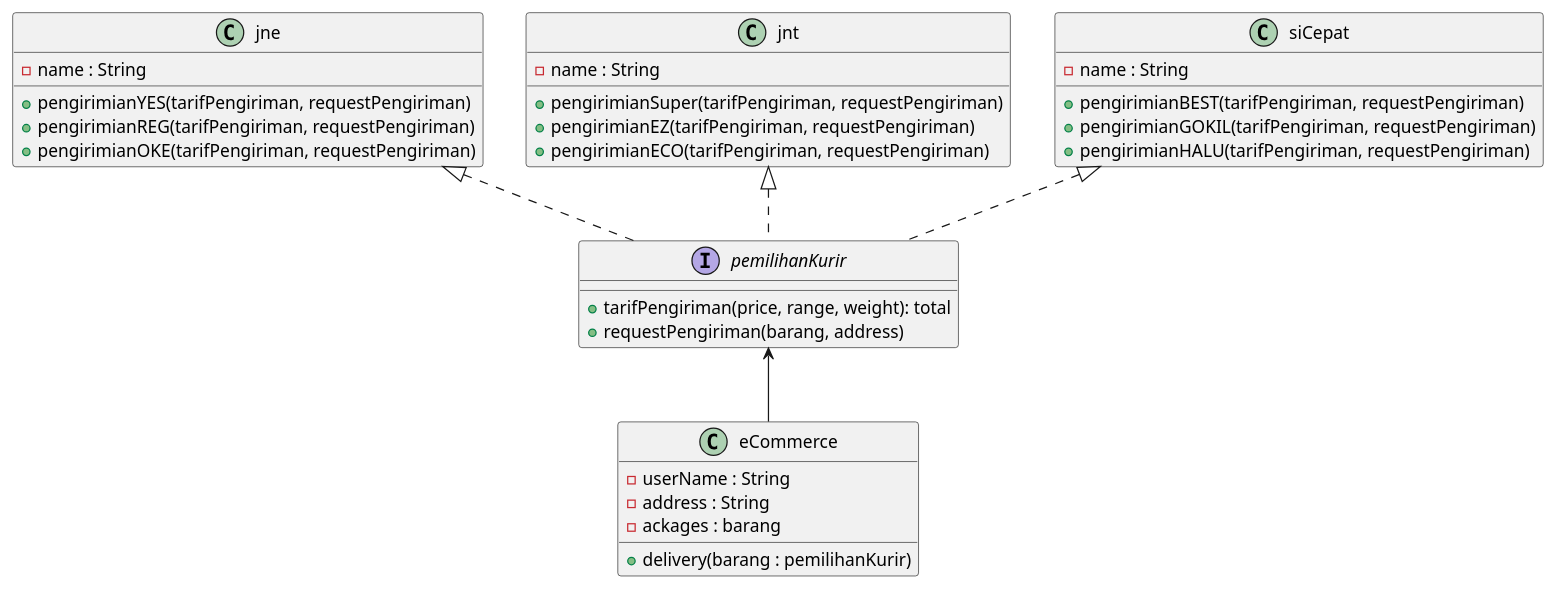
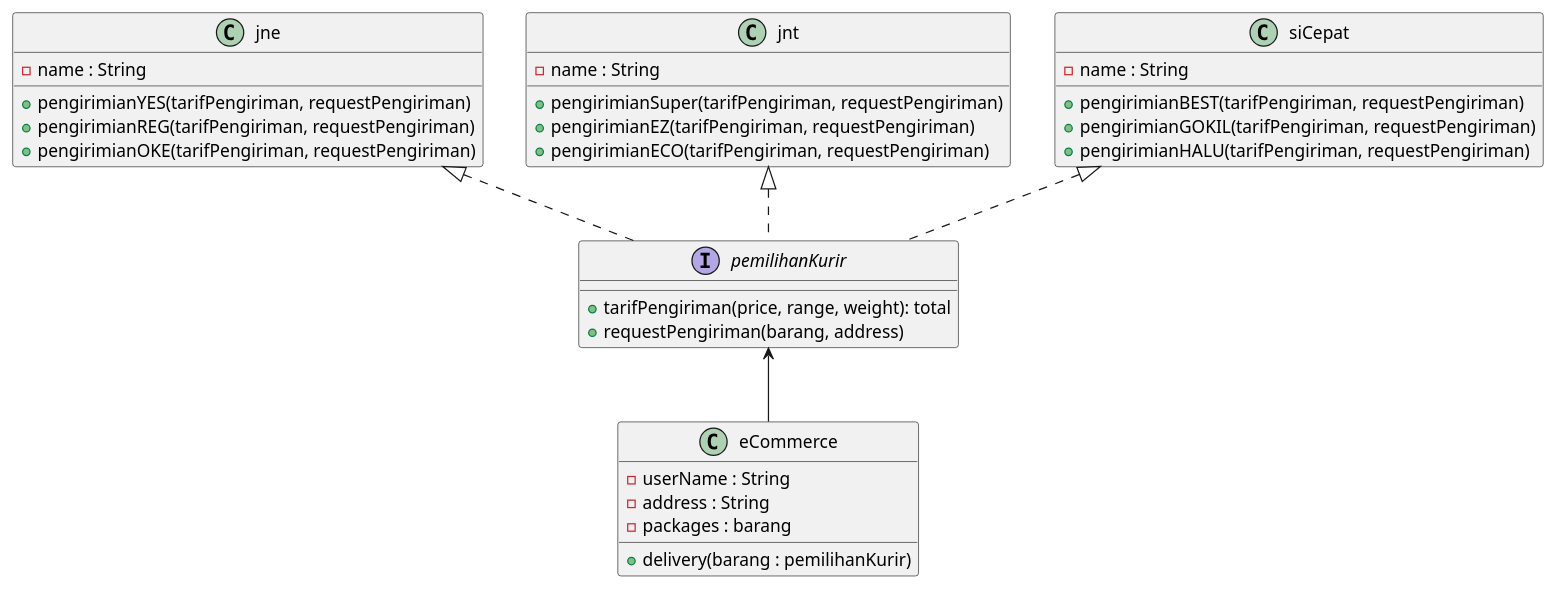
The diagram in Kelompok 6/Tugas 1 PBPU - UML.plantuml (hidayatmukti/pbpu-b-2022), drawn with PlantUML before and after one commit. The commit also changed 1 other file, not shown here.

```diff
--- a/Kelompok 6/Tugas 1 PBPU - UML.plantuml
+++ b/Kelompok 6/Tugas 1 PBPU - UML.plantuml
@@ -4,44 +4,44 @@
 @startuml
 pemilihanKurir <-- eCommerce
 jne <|.. pemilihanKurir
 jnt <|.. pemilihanKurir
 siCepat <|.. pemilihanKurir
 
 class eCommerce{
     -userName : String
     -address : String
-    -ackages : barang
+    -packages : barang
     __
     +delivery(barang : pemilihanKurir)
 }
 
 class jne{
     -name : String
     __
     +pengirimianYES(tarifPengiriman, requestPengiriman)
     +pengirimianREG(tarifPengiriman, requestPengiriman)
     +pengirimianOKE(tarifPengiriman, requestPengiriman)
 }
 
 class jnt{
     -name : String
     __
     +pengirimianSuper(tarifPengiriman, requestPengiriman)
     +pengirimianEZ(tarifPengiriman, requestPengiriman)
     +pengirimianECO(tarifPengiriman, requestPengiriman)
 }
 
 class siCepat{
     -name : String
     __
     +pengirimianBEST(tarifPengiriman, requestPengiriman)
     +pengirimianGOKIL(tarifPengiriman, requestPengiriman)
     +pengirimianHALU(tarifPengiriman, requestPengiriman)
 }
 
 interface pemilihanKurir{
     +tarifPengiriman(price, range, weight): total
     +requestPengiriman(barang, address)
 }
 
 @enduml
```
